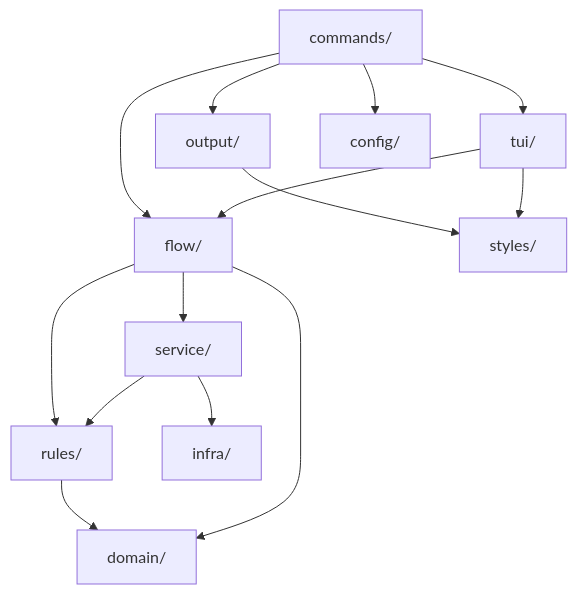
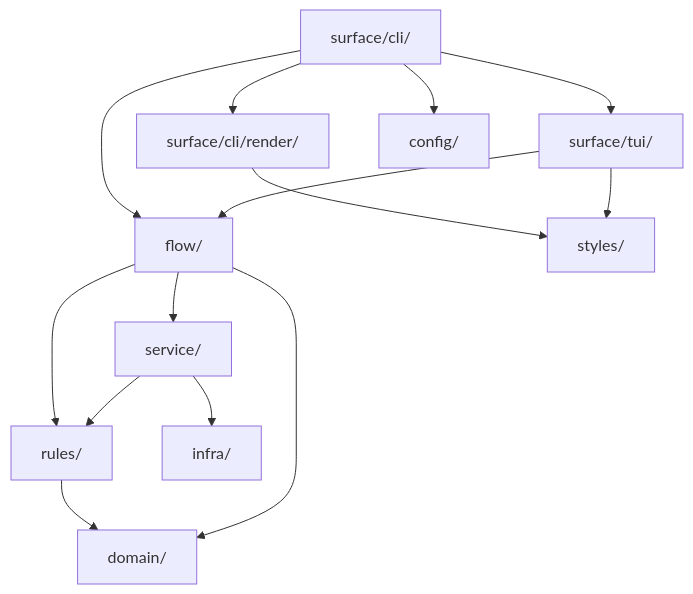
Before and after one commit to LucasPcq/wtm: the diagram in docs/dev/architecture.md, drawn with Mermaid. The commit also changed other lines of this file and 203 other files, not shown here.

````diff
--- a/docs/dev/architecture.md
+++ b/docs/dev/architecture.md
@@ -130,16 +131,16 @@
 ```mermaid
 flowchart TD
-  commands["commands/"] --> flow["flow/"]
-  commands --> output["output/"]
-  commands --> tui["tui/"]
+  commands["surface/cli/"] --> flow["flow/"]
+  commands --> output["surface/cli/render/"]
+  commands --> tui["surface/tui/"]
   commands --> config["config/"]
   tui --> flow
   flow --> service["service/"]
   flow --> rules["rules/"]
   service --> infra["infra/"]
   service --> rules
   rules --> domain["domain/"]
   flow --> domain
   output --> styles["styles/"]
   tui --> styles
 ```
````
